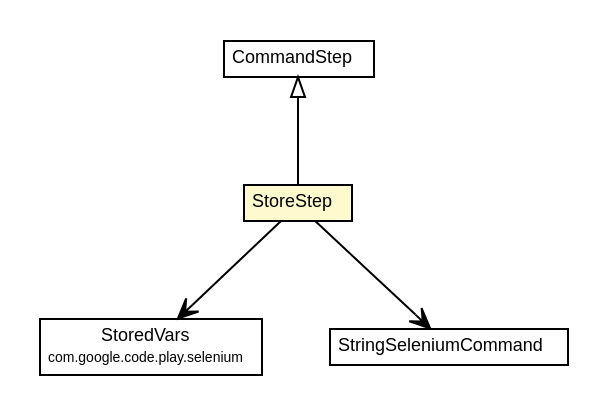
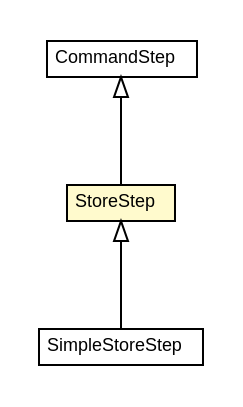
One commit to play1-maven-plugin/play1-maven-plugin.github.io changed the diagram in play1-maven-plugin/1.0.0-beta8-SNAPSHOT/play-selenium-junit4/apidocs/com/google/code/play/selenium/step/StoreStep.dot. Above: the diagram before and after it, drawn with Graphviz. The commit also changed 669 other files, not shown here.

```diff
--- a/play1-maven-plugin/1.0.0-beta8-SNAPSHOT/play-selenium-junit4/apidocs/com/google/code/play/selenium/step/StoreStep.dot
+++ b/play1-maven-plugin/1.0.0-beta8-SNAPSHOT/play-selenium-junit4/apidocs/com/google/code/play/selenium/step/StoreStep.dot
@@ -1,43 +1,34 @@
 #!/usr/local/bin/dot
 #
 # Class diagram 
 # Generated by UMLGraph version R5_6-24-gf6e263 (http://www.umlgraph.org/)
 #
 
 digraph G {
 	edge [fontname="arial",fontsize=10,labelfontname="arial",labelfontsize=10];
 	node [fontname="arial",fontsize=10,shape=plaintext];
 	nodesep=0.25;
 	ranksep=0.5;
-	// com.google.code.play.selenium.StoredVars
-	c1400 [label=<<table title="com.google.code.play.selenium.StoredVars" border="0" cellborder="1" cellspacing="0" cellpadding="2" port="p" href="../StoredVars.html">
-		<tr><td><table border="0" cellspacing="0" cellpadding="1">
-<tr><td align="center" balign="center"> StoredVars </td></tr>
-<tr><td align="center" balign="center"><font point-size="7.0"> com.google.code.play.selenium </font></td></tr>
-		</table></td></tr>
-		</table>>, URL="../StoredVars.html", fontname="arial", fontcolor="black", fontsize=9.0];
-	// com.google.code.play.selenium.step.StringSeleniumCommand
-	c1416 [label=<<table title="com.google.code.play.selenium.step.StringSeleniumCommand" border="0" cellborder="1" cellspacing="0" cellpadding="2" port="p" href="./StringSeleniumCommand.html">
-		<tr><td><table border="0" cellspacing="0" cellpadding="1">
-<tr><td align="center" balign="center"> StringSeleniumCommand </td></tr>
-		</table></td></tr>
-		</table>>, URL="./StringSeleniumCommand.html", fontname="arial", fontcolor="black", fontsize=9.0];
 	// com.google.code.play.selenium.step.StoreStep
-	c1417 [label=<<table title="com.google.code.play.selenium.step.StoreStep" border="0" cellborder="1" cellspacing="0" cellpadding="2" port="p" bgcolor="lemonChiffon" href="./StoreStep.html">
+	c1191 [label=<<table title="com.google.code.play.selenium.step.StoreStep" border="0" cellborder="1" cellspacing="0" cellpadding="2" port="p" bgcolor="lemonChiffon" href="./StoreStep.html">
 		<tr><td><table border="0" cellspacing="0" cellpadding="1">
 <tr><td align="center" balign="center"> StoreStep </td></tr>
 		</table></td></tr>
 		</table>>, URL="./StoreStep.html", fontname="arial", fontcolor="black", fontsize=9.0];
+	// com.google.code.play.selenium.step.SimpleStoreStep
+	c1192 [label=<<table title="com.google.code.play.selenium.step.SimpleStoreStep" border="0" cellborder="1" cellspacing="0" cellpadding="2" port="p" href="./SimpleStoreStep.html">
+		<tr><td><table border="0" cellspacing="0" cellpadding="1">
+<tr><td align="center" balign="center"> SimpleStoreStep </td></tr>
+		</table></td></tr>
+		</table>>, URL="./SimpleStoreStep.html", fontname="arial", fontcolor="black", fontsize=9.0];
 	// com.google.code.play.selenium.step.CommandStep
-	c1431 [label=<<table title="com.google.code.play.selenium.step.CommandStep" border="0" cellborder="1" cellspacing="0" cellpadding="2" port="p" href="./CommandStep.html">
+	c1199 [label=<<table title="com.google.code.play.selenium.step.CommandStep" border="0" cellborder="1" cellspacing="0" cellpadding="2" port="p" href="./CommandStep.html">
 		<tr><td><table border="0" cellspacing="0" cellpadding="1">
 <tr><td align="center" balign="center"> CommandStep </td></tr>
 		</table></td></tr>
 		</table>>, URL="./CommandStep.html", fontname="arial", fontcolor="black", fontsize=9.0];
 	//com.google.code.play.selenium.step.StoreStep extends com.google.code.play.selenium.step.CommandStep
-	c1431:p -> c1417:p [dir=back,arrowtail=empty];
-	// com.google.code.play.selenium.step.StoreStep NAVASSOC com.google.code.play.selenium.StoredVars
-	c1417:p -> c1400:p [taillabel="", label="", headlabel="", fontname="arial", fontcolor="black", fontsize=10.0, color="black", arrowhead=open];
-	// com.google.code.play.selenium.step.StoreStep NAVASSOC com.google.code.play.selenium.step.StringSeleniumCommand
-	c1417:p -> c1416:p [taillabel="", label="", headlabel="", fontname="arial", fontcolor="black", fontsize=10.0, color="black", arrowhead=open];
+	c1199:p -> c1191:p [dir=back,arrowtail=empty];
+	//com.google.code.play.selenium.step.SimpleStoreStep extends com.google.code.play.selenium.step.StoreStep
+	c1191:p -> c1192:p [dir=back,arrowtail=empty];
 }
```
